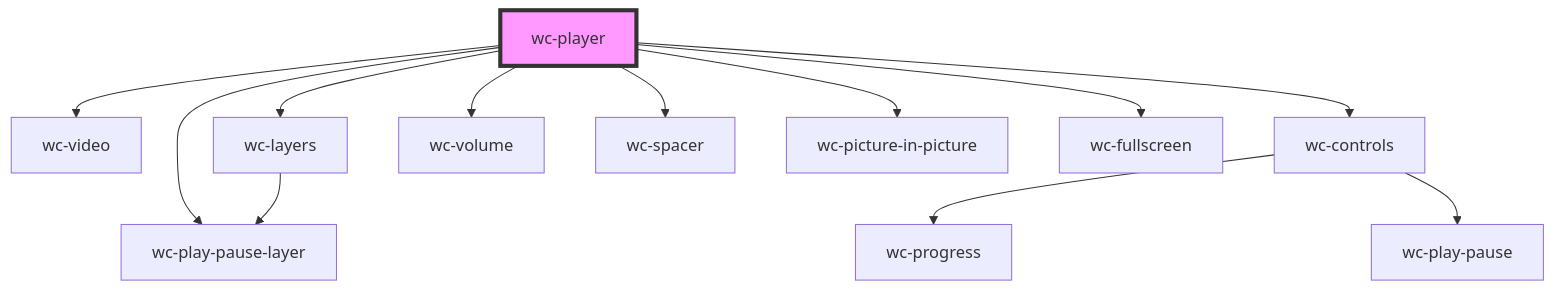
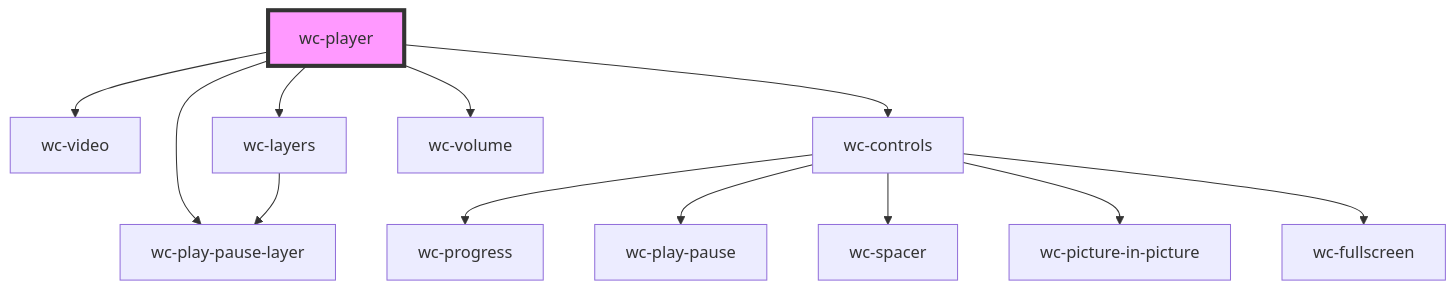
One commit to iChengbo/wcplayer changed the diagram in packages/wcplayer-components/src/components/wc-player/readme.md. Above: the diagram before and after it, drawn with Mermaid. The commit also changed other lines of this file and 8 other files, not shown here.

Commit message:
feat: move wc-spacer & wc-pip & wc-fullscreen into wc-controls

````diff
--- a/packages/wcplayer-components/src/components/wc-player/readme.md
+++ b/packages/wcplayer-components/src/components/wc-player/readme.md
@@ -45,15 +42,15 @@
 ```mermaid
 graph TD;
   wc-player --> wc-video
   wc-player --> wc-layers
   wc-player --> wc-play-pause-layer
   wc-player --> wc-controls
   wc-player --> wc-volume
-  wc-player --> wc-spacer
-  wc-player --> wc-picture-in-picture
-  wc-player --> wc-fullscreen
   wc-layers --> wc-play-pause-layer
   wc-controls --> wc-progress
   wc-controls --> wc-play-pause
+  wc-controls --> wc-spacer
+  wc-controls --> wc-picture-in-picture
+  wc-controls --> wc-fullscreen
   style wc-player fill:#f9f,stroke:#333,stroke-width:4px
 ```
````
